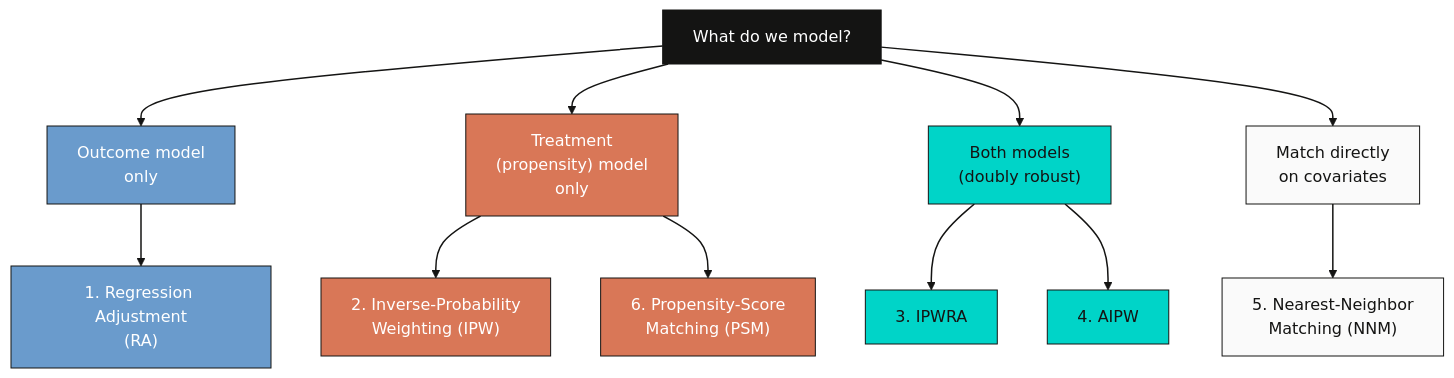
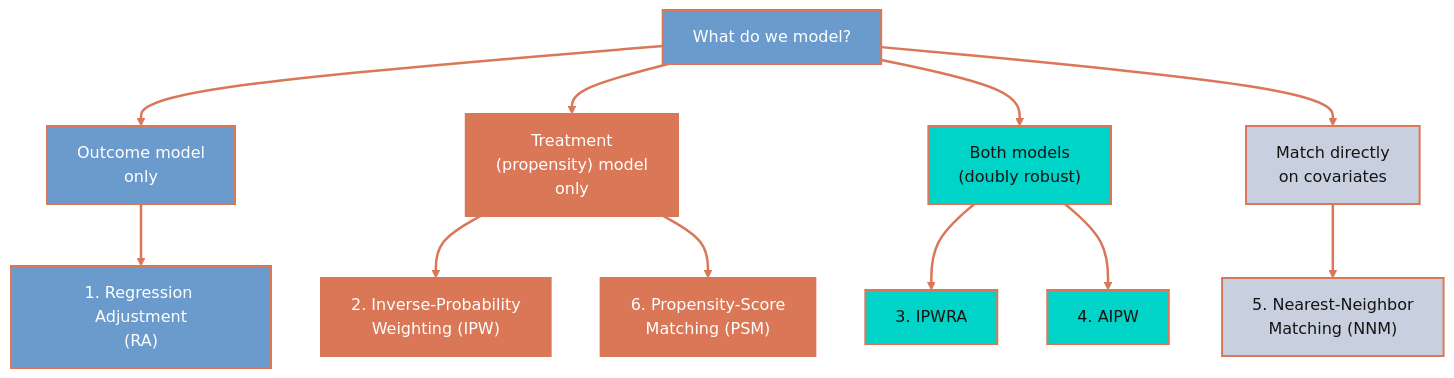
The third of 4 diagrams in content/post/stata_matching/index.md (cmg777/starter-academic-v501), drawn with Mermaid (base theme) before and after one commit. The commit also changed other lines of this file, not shown here.

First line of the commit message:
Correct NNM family classification and harden Mermaid colors for both themes

````diff
--- a/content/post/stata_matching/index.md
+++ b/content/post/stata_matching/index.md
@@ -237,28 +237,28 @@
 ```mermaid
 flowchart TD
     Start["What do we model?"]
     Start --> Outcome["Outcome model<br/>only"]
     Start --> Treatment["Treatment<br/>(propensity) model<br/>only"]
     Start --> Both["Both models<br/>(doubly robust)"]
     Start --> Direct["Match directly<br/>on covariates"]
 
     Outcome --> RA["1. Regression Adjustment<br/>(RA)"]
     Treatment --> IPW["2. Inverse-Probability<br/>Weighting (IPW)"]
     Treatment --> PSM["6. Propensity-Score<br/>Matching (PSM)"]
     Both --> IPWRA["3. IPWRA"]
     Both --> AIPW["4. AIPW"]
     Direct --> NNM["5. Nearest-Neighbor<br/>Matching (NNM)"]
 
-    style Start fill:#141413,stroke:#141413,color:#fff
-    style Outcome fill:#6a9bcc,stroke:#141413,color:#fff
-    style Treatment fill:#d97757,stroke:#141413,color:#fff
-    style Both fill:#00d4c8,stroke:#141413,color:#141413
-    style Direct fill:#fafafa,stroke:#141413,color:#141413
-    style RA fill:#6a9bcc,stroke:#141413,color:#fff
-    style IPW fill:#d97757,stroke:#141413,color:#fff
-    style PSM fill:#d97757,stroke:#141413,color:#fff
-    style IPWRA fill:#00d4c8,stroke:#141413,color:#141413
-    style AIPW fill:#00d4c8,stroke:#141413,color:#141413
-    style NNM fill:#fafafa,stroke:#141413,color:#141413
-    linkStyle 0,1,2,3,4,5,6,7,8,9 stroke:#141413,stroke-width:1.5px
+    style Start fill:#6a9bcc,stroke:#d97757,stroke-width:2px,color:#fff
+    style Outcome fill:#6a9bcc,stroke:#d97757,stroke-width:2px,color:#fff
+    style Treatment fill:#d97757,stroke:#d97757,stroke-width:2px,color:#fff
+    style Both fill:#00d4c8,stroke:#d97757,stroke-width:2px,color:#141413
+    style Direct fill:#c8d0e0,stroke:#d97757,stroke-width:2px,color:#141413
+    style RA fill:#6a9bcc,stroke:#d97757,stroke-width:2px,color:#fff
+    style IPW fill:#d97757,stroke:#d97757,stroke-width:2px,color:#fff
+    style PSM fill:#d97757,stroke:#d97757,stroke-width:2px,color:#fff
+    style IPWRA fill:#00d4c8,stroke:#d97757,stroke-width:2px,color:#141413
+    style AIPW fill:#00d4c8,stroke:#d97757,stroke-width:2px,color:#141413
+    style NNM fill:#c8d0e0,stroke:#d97757,stroke-width:2px,color:#141413
+    linkStyle 0,1,2,3,4,5,6,7,8,9 stroke:#d97757,stroke-width:2.5px
 ```
````
